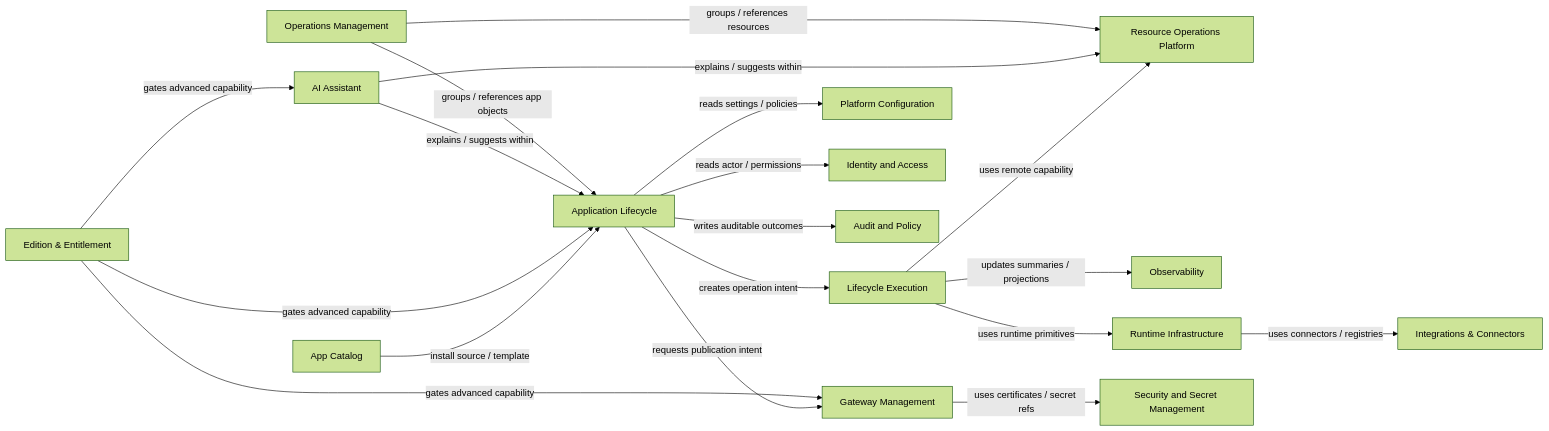
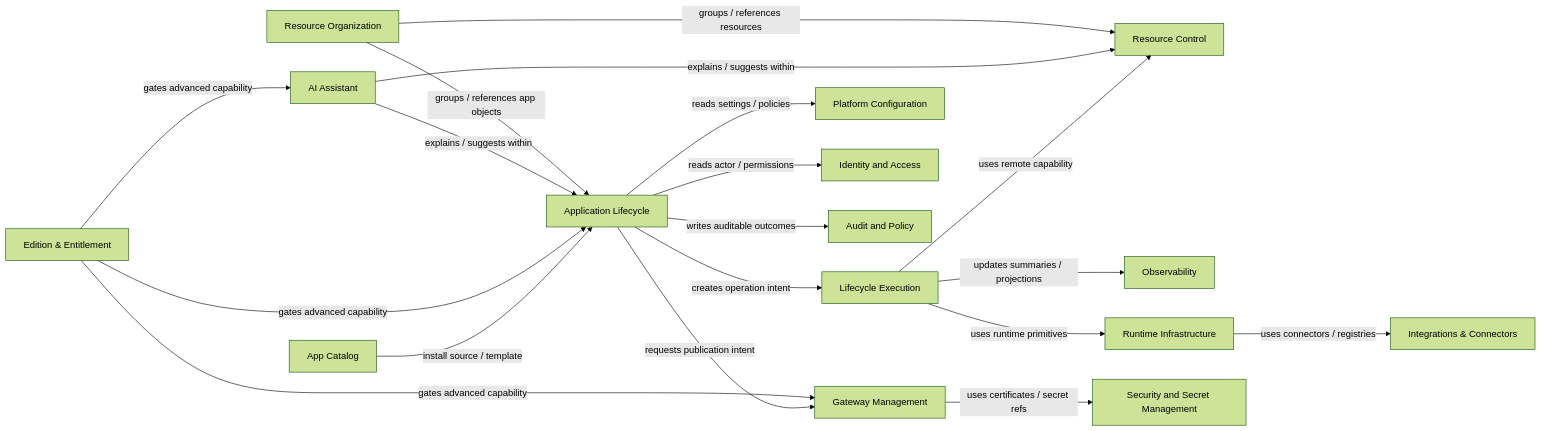
Before and after one commit to Websoft9/AppOS: the diagram in specs/adr/appos-ddd-architecture.md, drawn with Mermaid (forest theme). The commit also changed other lines of this file and 102 other files, not shown here.

````diff
--- a/specs/adr/appos-ddd-architecture.md
+++ b/specs/adr/appos-ddd-architecture.md
@@ -50,37 +50,37 @@
 ```mermaid
 flowchart LR
     Catalog[App Catalog]
     Lifecycle[Application Lifecycle]
     Execution[Lifecycle Execution]
     Gateway[Gateway Management]
-    OpsPlatform[Resource Operations Platform]
+    OpsPlatform[Resource Control]
     Observe[Observability]
-    OpsMgmt[Operations Management]
+    OpsMgmt[Resource Organization]
     Runtime[Runtime Infrastructure]
     Integrations[Integrations & Connectors]
     Platform[Platform Configuration]
     IAM[Identity and Access]
     Secrets[Security and Secret Management]
     Audit[Audit and Policy]
     Entitlement[Edition & Entitlement]
     AIAssistant[AI Assistant]
 
     Catalog -->|install source / template| Lifecycle
     Lifecycle -->|creates operation intent| Execution
     Execution -->|uses runtime primitives| Runtime
     Execution -->|uses remote capability| OpsPlatform
     Execution -->|updates summaries / projections| Observe
     Lifecycle -->|requests publication intent| Gateway
     Gateway -->|uses certificates / secret refs| Secrets
     Runtime -->|uses connectors / registries| Integrations
     Lifecycle -->|reads settings / policies| Platform
     Lifecycle -->|reads actor / permissions| IAM
     Lifecycle -->|writes auditable outcomes| Audit
     Entitlement -->|gates advanced capability| Lifecycle
     Entitlement -->|gates advanced capability| Gateway
     Entitlement -->|gates advanced capability| AIAssistant
     AIAssistant -->|explains / suggests within| Lifecycle
     AIAssistant -->|explains / suggests within| OpsPlatform
     OpsMgmt -->|groups / references resources| OpsPlatform
     OpsMgmt -->|groups / references app objects| Lifecycle
 ```
````
